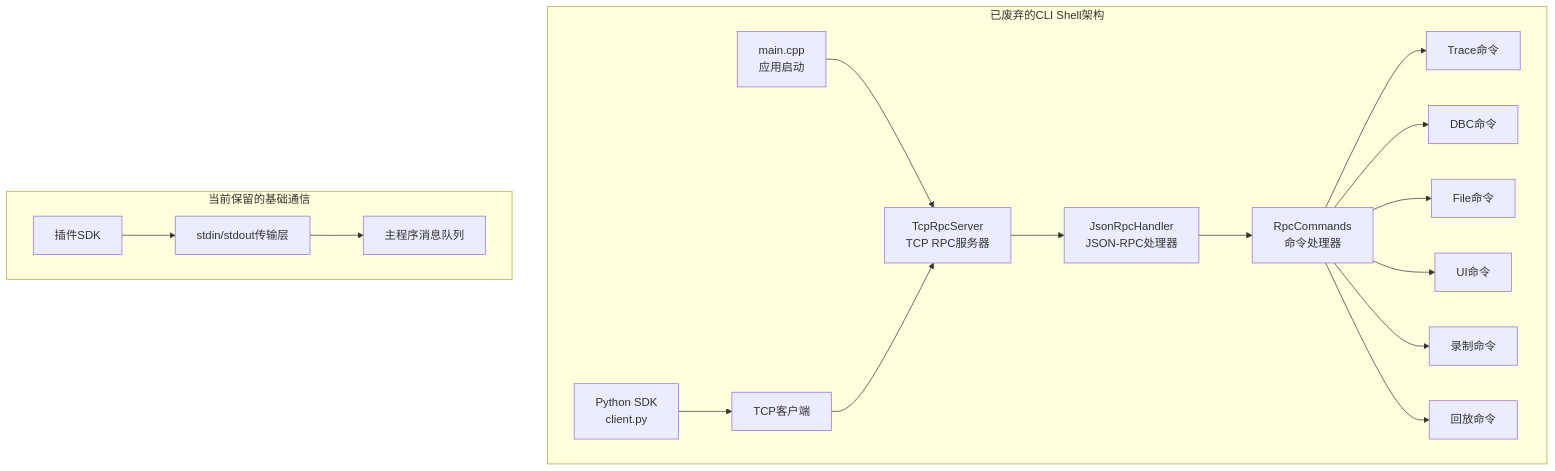
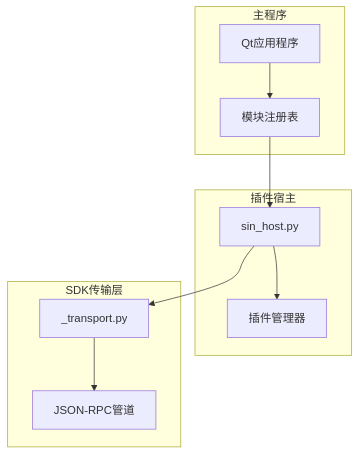
Before and after one commit to jakecai1225-design/OpenBus: the diagram in .qoder/repowiki/zh/content/核心模块详解/CLI Shell系统.md, drawn with Mermaid. The commit also changed other lines of this file and 151 other files, not shown here.

````diff
--- a/.qoder/repowiki/zh/content/核心模块详解/CLI Shell系统.md
+++ b/.qoder/repowiki/zh/content/核心模块详解/CLI Shell系统.md
@@ -61,20 +75,20 @@
 ```mermaid
 graph TB
-subgraph "已废弃的CLI Shell架构"
-A["main.cpp<br/>应用启动"] --> B["TcpRpcServer<br/>TCP RPC服务器"]
-B --> C["JsonRpcHandler<br/>JSON-RPC处理器"]
-C --> D["RpcCommands<br/>命令处理器"]
-D --> E["Trace命令"]
-D --> F["DBC命令"]
-D --> G["File命令"]
-D --> H["UI命令"]
-D --> I["录制命令"]
-D --> J["回放命令"]
-K["Python SDK<br/>client.py"] --> L["TCP客户端"]
-L --> B
+subgraph "主程序"
+A[Qt应用程序]
+B[模块注册表]
 end
-subgraph "当前保留的基础通信"
-M["插件SDK"] --> N["stdin/stdout传输层"]
-N --> O["主程序消息队列"]
+subgraph "插件宿主"
+C[sin_host.py]
+D[插件管理器]
 end
+subgraph "SDK传输层"
+E[_transport.py]
+F[JSON-RPC管道]
+end
+A --> B
+B --> C
+C --> D
+C --> E
+E --> F
 ```
````
